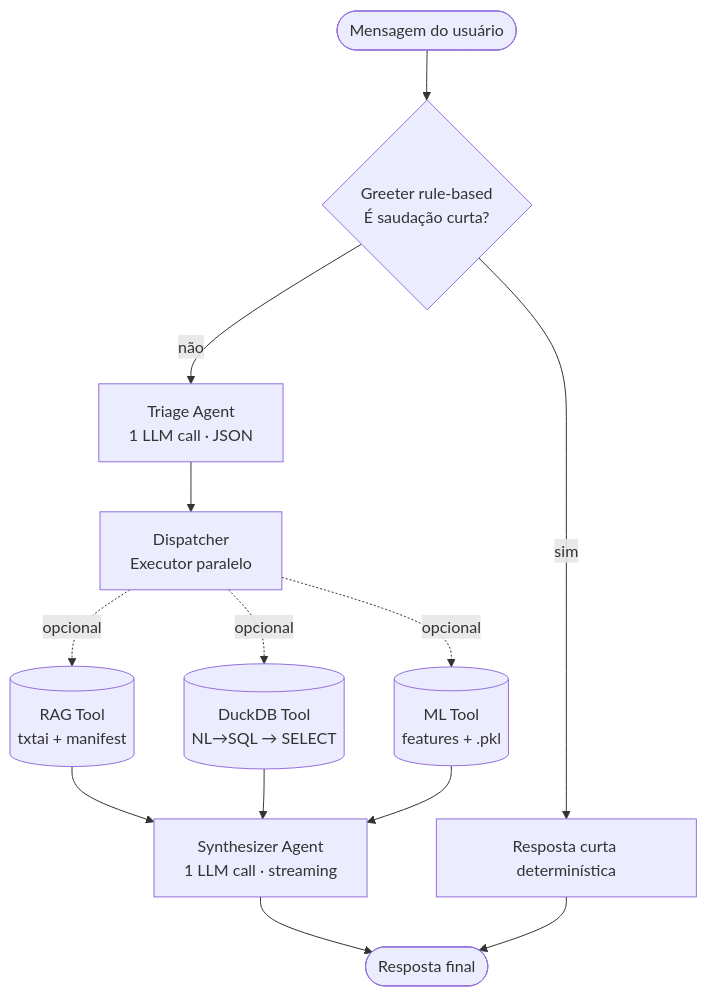
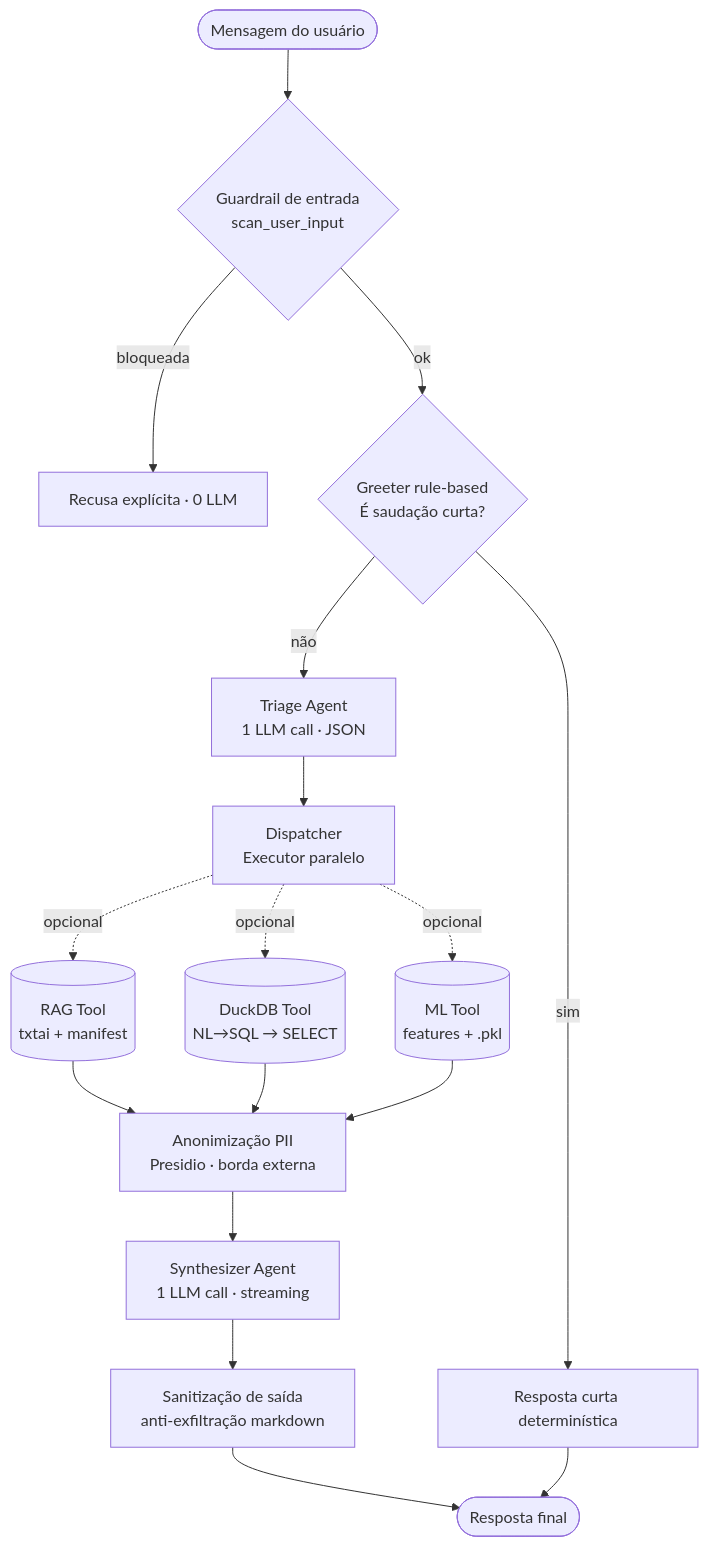
One commit to VL-in/Assistente_de_laboratorio changed the diagram in apps/streamlit/agents/AGENTS.md. Above: the diagram before and after it, drawn with Mermaid. The commit also changed other lines of this file and 9 other files, not shown here.

First line of the commit message:
feat(security): camada de guardrails + redação de PII (Presidio)

````diff
--- a/apps/streamlit/agents/AGENTS.md
+++ b/apps/streamlit/agents/AGENTS.md
@@ -22,15 +22,19 @@
 ```mermaid
 flowchart TD
-    user([Mensagem do usuário]) --> greeter{Greeter rule-based<br/>É saudação curta?}
+    user([Mensagem do usuário]) --> inguard{Guardrail de entrada<br/>scan_user_input}
+    inguard -- bloqueada --> blocked[Recusa explícita · 0 LLM]
+    inguard -- ok --> greeter{Greeter rule-based<br/>É saudação curta?}
     greeter -- sim --> short[Resposta curta determinística]
     greeter -- não --> triage[Triage Agent<br/>1 LLM call · JSON]
     triage --> dispatch[Dispatcher<br/>Executor paralelo]
     dispatch -.opcional.-> rag[(RAG Tool<br/>txtai + manifest)]
     dispatch -.opcional.-> olap[(DuckDB Tool<br/>NL→SQL → SELECT)]
     dispatch -.opcional.-> ml[(ML Tool<br/>features + .pkl)]
-    rag --> synth[Synthesizer Agent<br/>1 LLM call · streaming]
-    olap --> synth
-    ml --> synth
-    synth --> answer([Resposta final])
+    rag --> pii[Anonimização PII<br/>Presidio · borda externa]
+    olap --> pii
+    ml --> pii
+    pii --> synth[Synthesizer Agent<br/>1 LLM call · streaming]
+    synth --> outguard[Sanitização de saída<br/>anti-exfiltração markdown]
+    outguard --> answer([Resposta final])
     short --> answer
 ```
````
